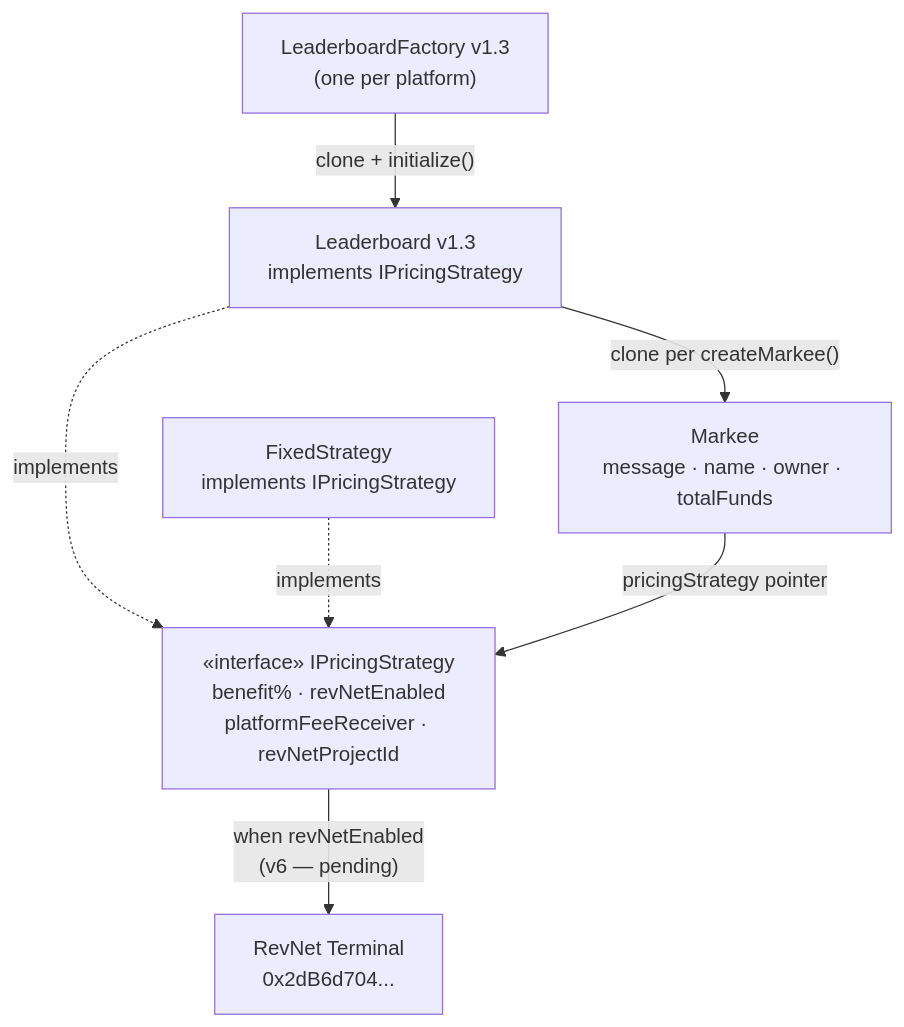
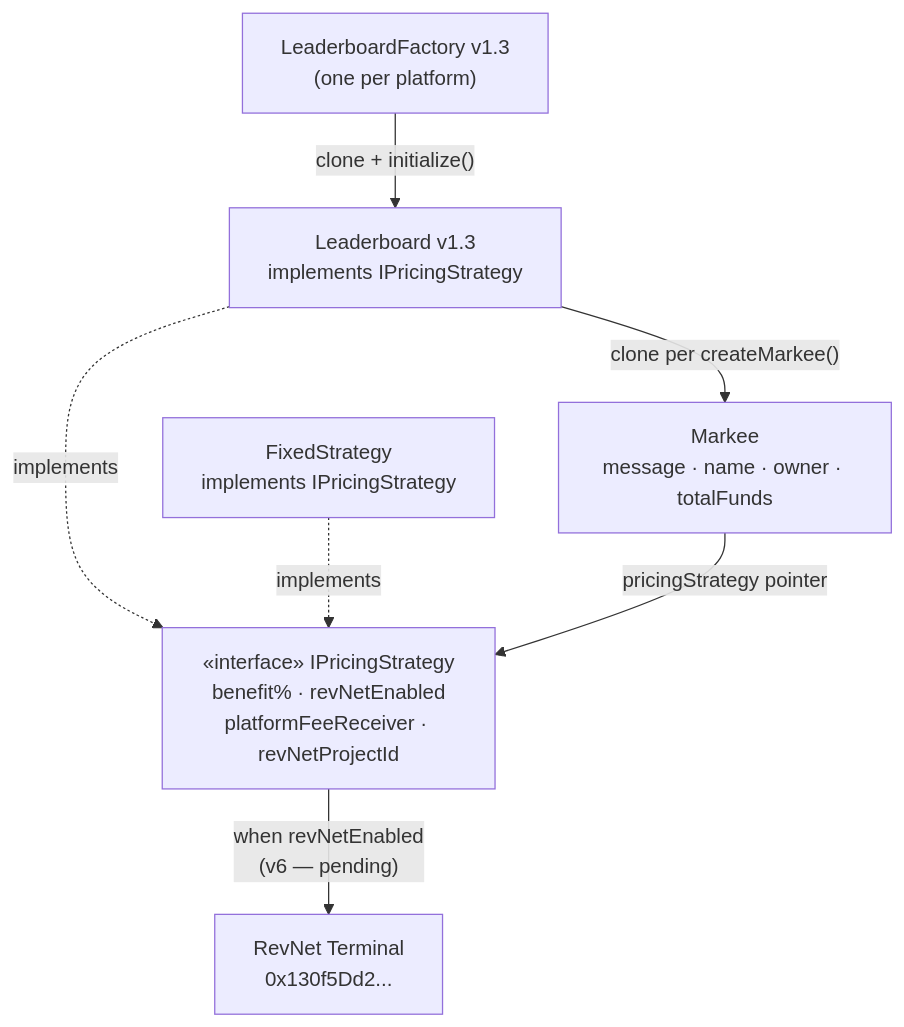
Before and after one commit to 1Hive/markee: the first of 2 diagrams in ARCHITECTURE.md, drawn with Mermaid. The commit also changed other lines of this file and 8 other files, not shown here.

````diff
--- a/ARCHITECTURE.md
+++ b/ARCHITECTURE.md
@@ -12,16 +12,16 @@
 ```mermaid
 graph TD
     Factory["LeaderboardFactory v1.3\n(one per platform)"]
     LB["Leaderboard v1.3\nimplements IPricingStrategy"]
     M["Markee\nmessage · name · owner · totalFunds"]
     FS["FixedStrategy\nimplements IPricingStrategy"]
     IPS["«interface» IPricingStrategy\nbenefit% · revNetEnabled\nplatformFeeReceiver · revNetProjectId"]
-    RT["RevNet Terminal\n0x2dB6d704..."]
+    RT["RevNet Terminal\n0x130f5Dd2..."]
 
     Factory -->|"clone + initialize()"| LB
     LB -->|"clone per createMarkee()"| M
     LB -.->|implements| IPS
     FS -.->|implements| IPS
     M -->|"pricingStrategy pointer"| IPS
     IPS -->|"when revNetEnabled\n(v6 — pending)"| RT
 ```
````
